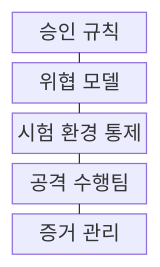
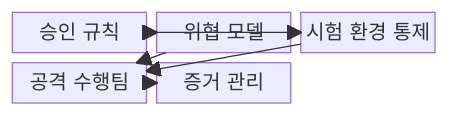
Before and after one commit to agnusdei1207/knowledge-base: the first of 2 diagrams in src/content/docs/notes/05-security/041_penetration_testing_methodology.md, drawn with Mermaid. The commit also changed other lines of this file and 20 other files, not shown here.

````diff
--- a/src/content/docs/notes/05-security/041_penetration_testing_methodology.md
+++ b/src/content/docs/notes/05-security/041_penetration_testing_methodology.md
@@ -53,13 +52,14 @@
 ```mermaid
 block-beta
-  columns 1
+  columns 3
   A["승인 규칙"]
   B["위협 모델"]
   C["시험 환경 통제"]
   D["공격 수행팀"]
   E["증거 관리"]
-  A --- B
-  B --- C
-  C --- D
-  D --- E
+  A --> B
+  A --> C
+  B --> D
+  C --> D
+  D --> E
 ```
````
